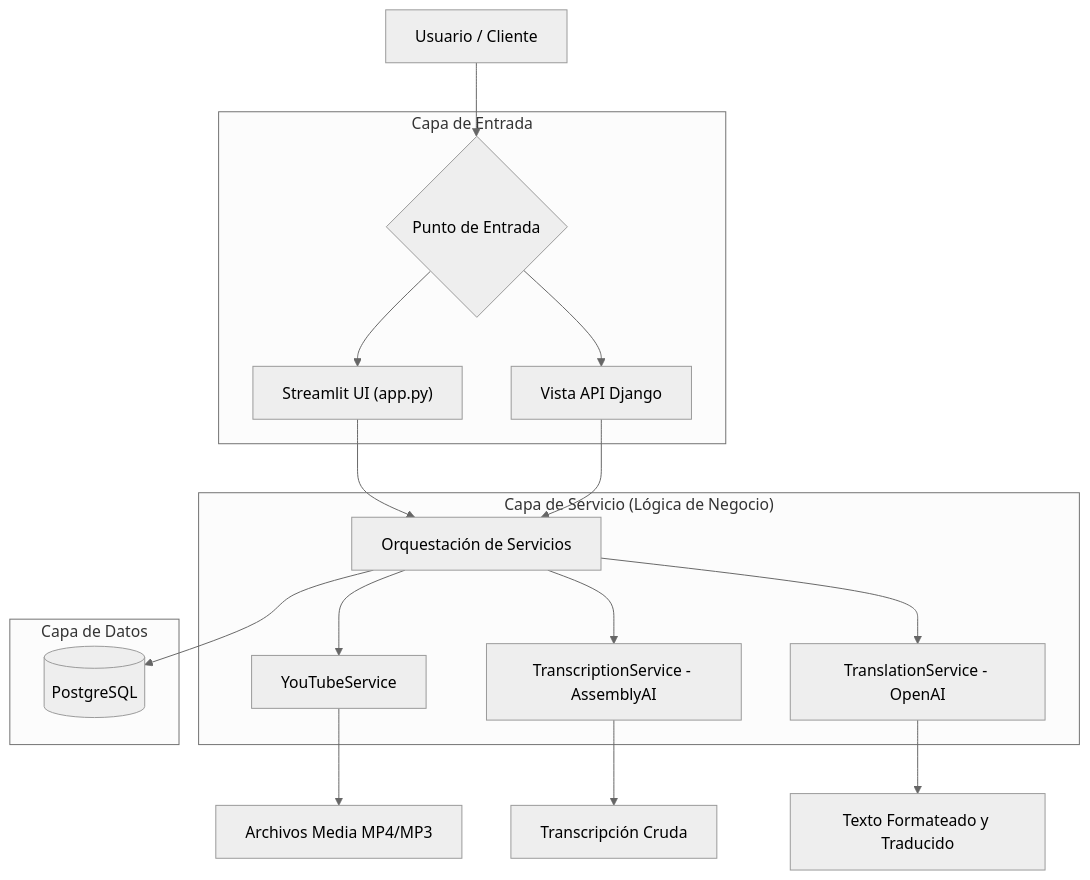
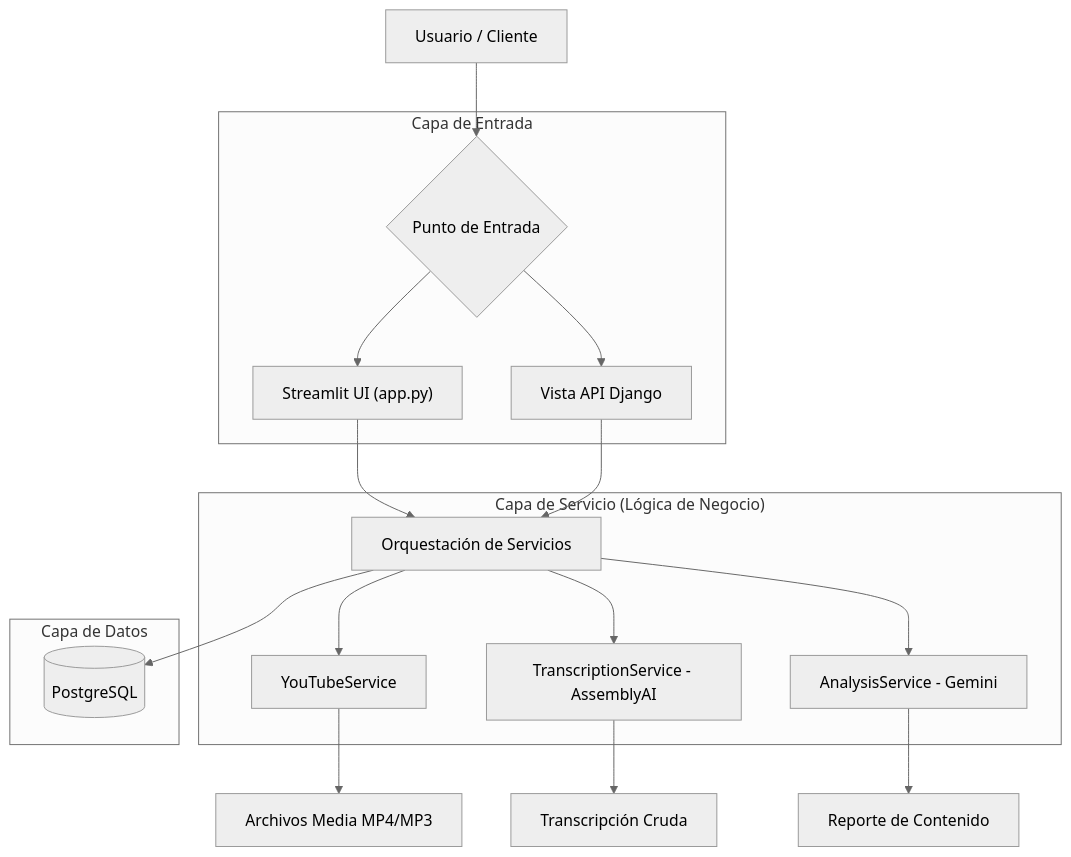
The diagram in docs/ARCHITECTURE.md (jonma0107/yt-agent-ai), drawn with Mermaid (neutral theme) before and after one commit. The commit also changed other lines of this file and 6 other files, not shown here.

````diff
--- a/docs/ARCHITECTURE.md
+++ b/docs/ARCHITECTURE.md
@@ -26,38 +25,38 @@
 ```mermaid
 graph TD
     User[Usuario / Cliente] --> EntryPoint
     
     subgraph "Capa de Entrada"
         EntryPoint{Punto de Entrada}
         Streamlit["Streamlit UI (app.py)"]
         API[Vista API Django]
     end
     
     EntryPoint --> Streamlit
     EntryPoint --> API
     
     Streamlit --> Orchestrator
     API --> Orchestrator
     
     subgraph "Capa de Servicio (Lógica de Negocio)"
         Orchestrator[Orquestación de Servicios]
         YT[YouTubeService]
         AI_Trans[TranscriptionService - AssemblyAI]
-        AI_Transl[TranslationService - OpenAI]
+        AI_An[AnalysisService - Gemini]
     end
     
     Orchestrator --> YT
     YT --> Files[Archivos Media MP4/MP3]
     
     Orchestrator --> AI_Trans
     AI_Trans --> Text[Transcripción Cruda]
     
-    Orchestrator --> AI_Transl
-    AI_Transl --> Final[Texto Formateado y Traducido]
+    Orchestrator --> AI_An
+    AI_An --> Report[Reporte de Contenido]
     
     subgraph "Capa de Datos"
         DB[(PostgreSQL)]
     end
     
     Orchestrator --> DB
 ```
````
